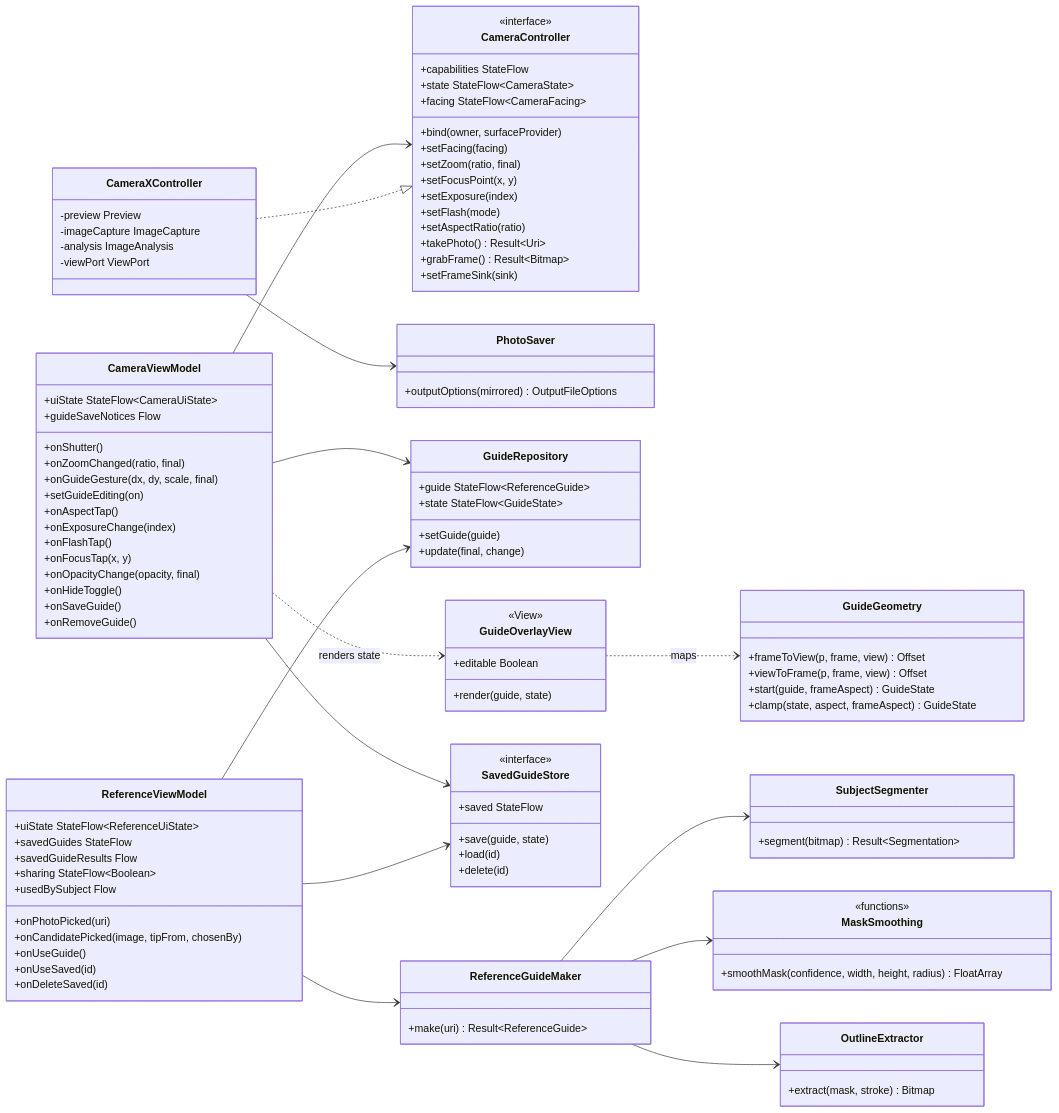
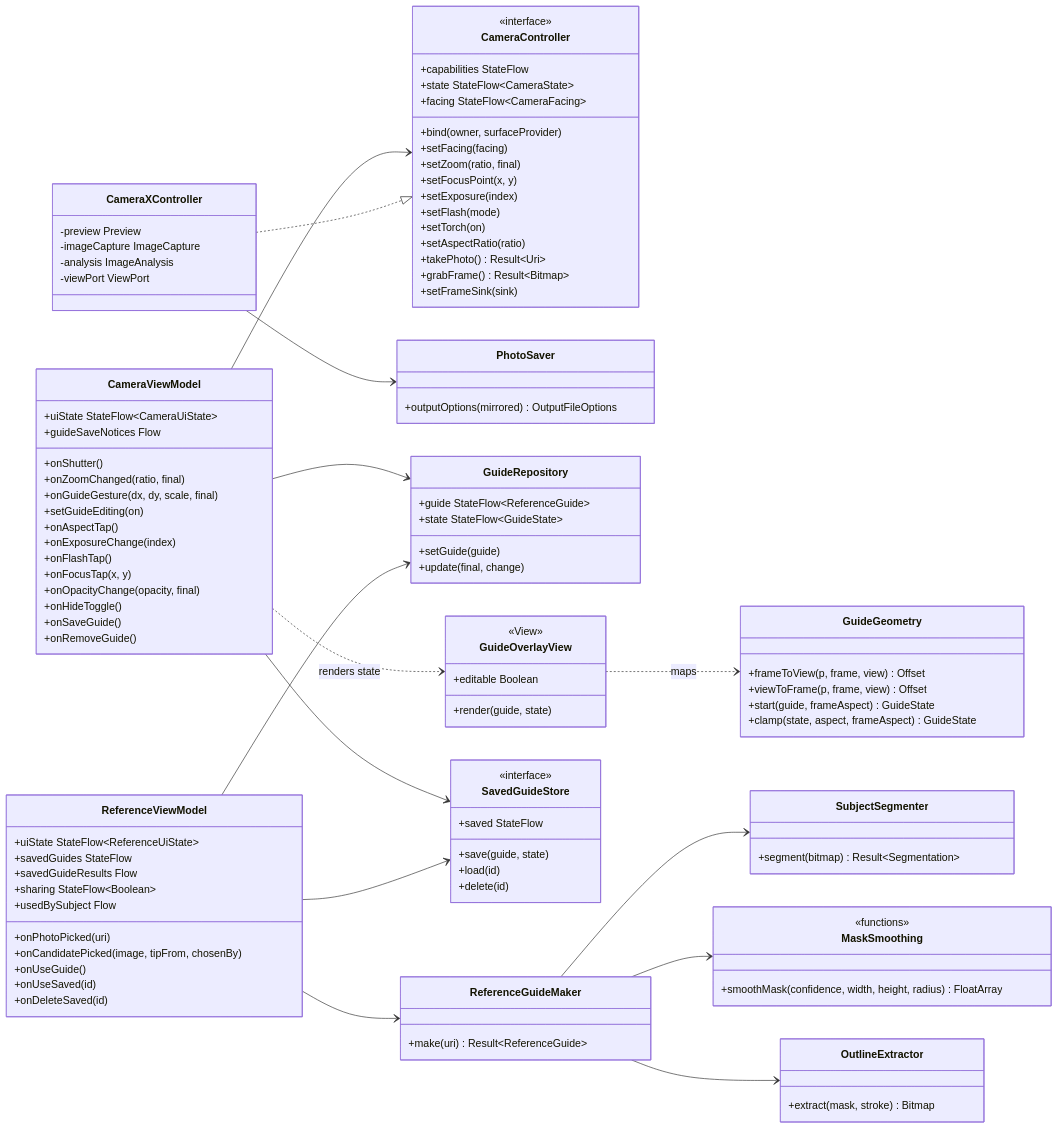
Before and after one commit to snuhcs-course/swpp-2026-project-team-10: the sixth of 12 diagrams in wiki/Design-Documentation.md, drawn with Mermaid. The commit also changed other lines of this file and 44 other files, not shown here.

```diff
--- a/wiki/Design-Documentation.md
+++ b/wiki/Design-Documentation.md
@@ -540,6 +545,7 @@
     +setFocusPoint(x, y)
     +setExposure(index)
     +setFlash(mode)
+    +setTorch(on)
     +setAspectRatio(ratio)
     +takePhoto() Result~Uri~
     +grabFrame() Result~Bitmap~
```
